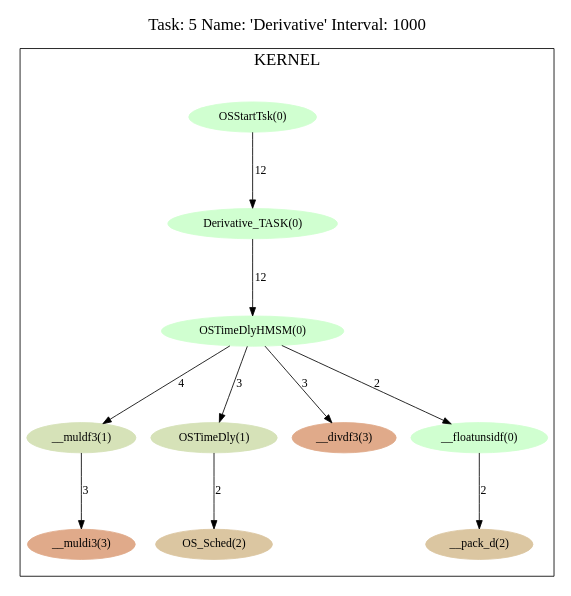
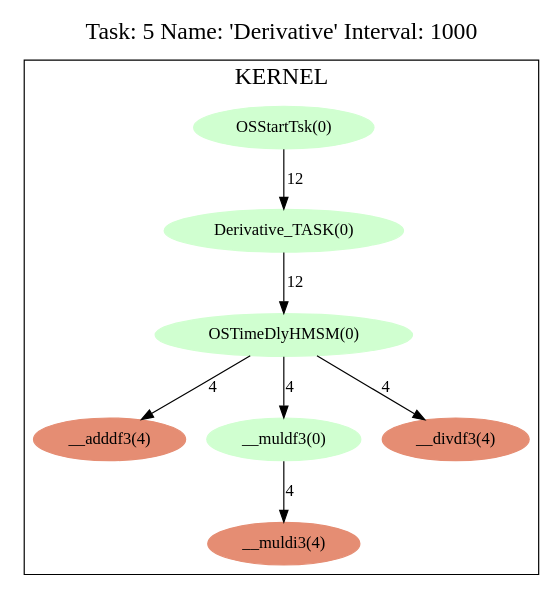
The diagram in ovp_platform/platform_2_tlb/5.Derivative.cpum.dot (jcaplan/fingerprinting), drawn with Graphviz before and after one commit. The commit also changed 236 other files, not shown here.

```diff
--- a/ovp_platform/platform_2_tlb/5.Derivative.cpum.dot
+++ b/ovp_platform/platform_2_tlb/5.Derivative.cpum.dot
@@ -1,40 +1,31 @@
 digraph prof {
   size="6,6";
   ratio = fill;
   fontsize = "20";
   node [style=filled];
   labelloc = "t";
   label = "Task: 5 Name: 'Derivative' Interval: 1000";
   subgraph cluster_kernel {
     label = "KERNEL";
     "F1" [label = "Derivative_TASK(0)"];
     "F1" -> "F2" [label = 12];
-    "F3" [label = "__muldf3(1)"];
-    "F3" -> "F4" [label = 3];
-    "F4" [label = "__muldi3(3)"];
-    "F8" [label = "__pack_d(2)"];
-    "F9" [label = "OS_Sched(2)"];
-    "F6" [label = "OSTimeDly(1)"];
-    "F6" -> "F9" [label = 2];
+    "F5" [label = "__muldi3(4)"];
     "F2" [label = "OSTimeDlyHMSM(0)"];
     "F2" -> "F3" [label = 4];
-    "F2" -> "F5" [label = 3];
-    "F2" -> "F6" [label = 3];
-    "F2" -> "F7" [label = 2];
+    "F2" -> "F4" [label = 4];
+    "F2" -> "F6" [label = 4];
     "F0" [label = "OSStartTsk(0)"];
     "F0" -> "F1" [label = 12];
-    "F5" [label = "__divdf3(3)"];
-    "F7" [label = "__floatunsidf(0)"];
-    "F7" -> "F8" [label = 2];
+    "F3" [label = "__adddf3(4)"];
+    "F4" [label = "__muldf3(0)"];
+    "F4" -> "F5" [label = 4];
+    "F6" [label = "__divdf3(4)"];
     "F1" [color="#d0ffd0"];
-    "F3" [color="#d6e2b8"];
-    "F4" [color="#e0aa8a"];
-    "F8" [color="#dbc6a1"];
-    "F9" [color="#dbc6a1"];
-    "F6" [color="#d6e2b8"];
+    "F5" [color="#e58d73"];
     "F2" [color="#d0ffd0"];
     "F0" [color="#d0ffd0"];
-    "F5" [color="#e0aa8a"];
-    "F7" [color="#d0ffd0"];
+    "F3" [color="#e58d73"];
+    "F4" [color="#d0ffd0"];
+    "F6" [color="#e58d73"];
   }
 }
```
